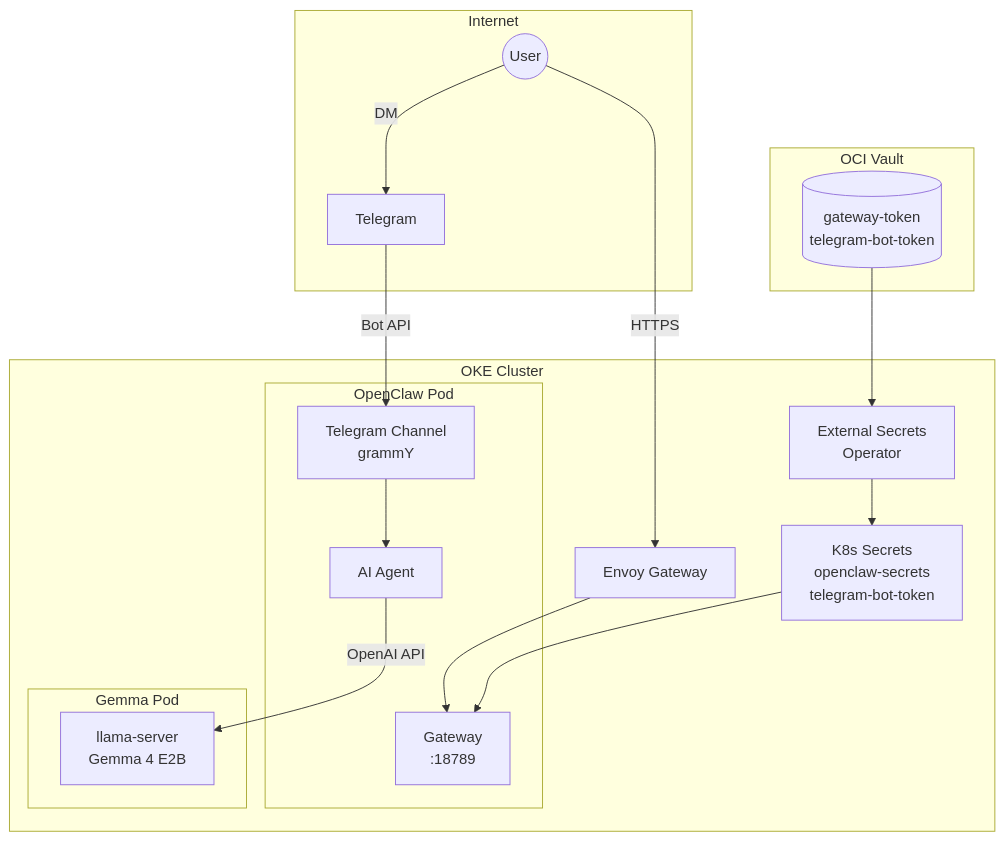
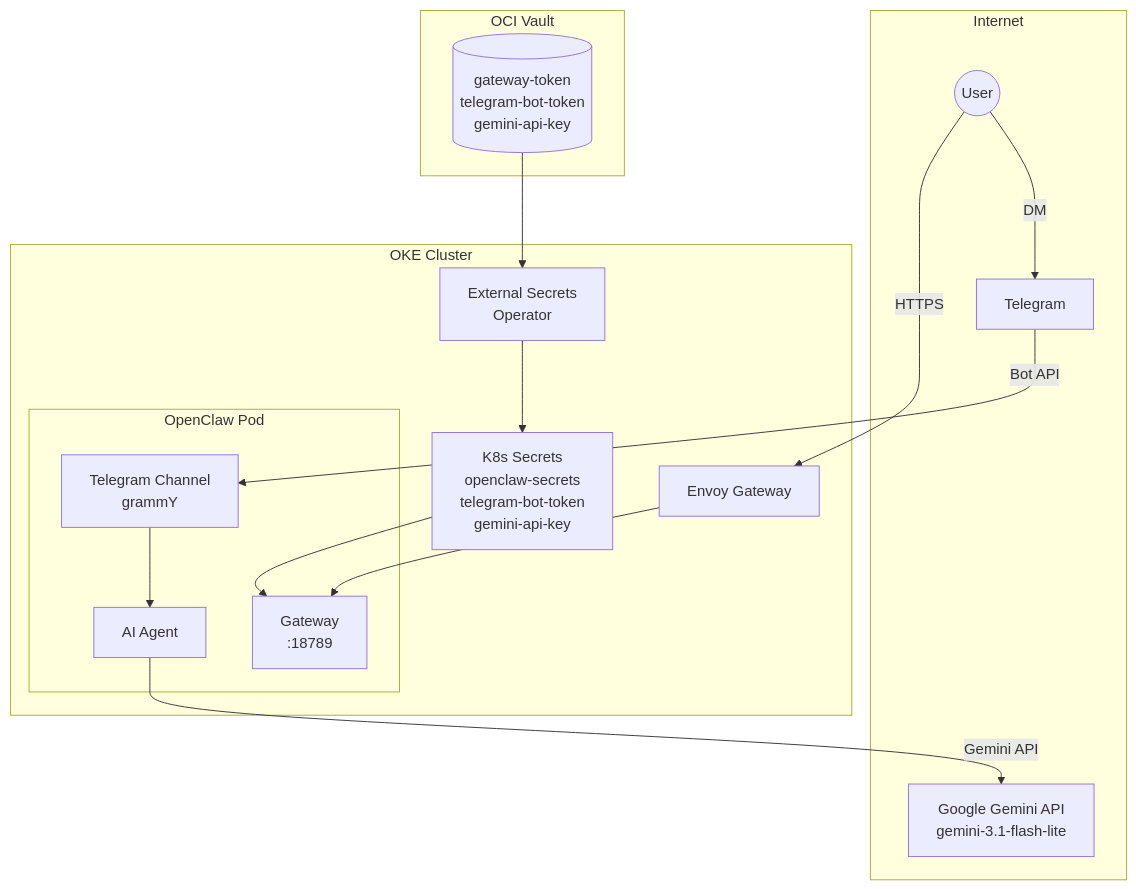
The diagram in docs/src/content/docs/architecture/openclaw.mdx (nsudhanva/k8s-oracle), drawn with Mermaid before and after one commit. The commit also changed other lines of this file and 4 other files, not shown here.

First line of the commit message:
Update all docs: Gemini API migration, Gemma scaled to 0

````diff
--- a/docs/src/content/docs/architecture/openclaw.mdx
+++ b/docs/src/content/docs/architecture/openclaw.mdx
@@ -24,38 +24,35 @@
 ```mermaid
 flowchart TB
     subgraph Internet
         User((User))
         TG[Telegram]
+        GeminiAPI[Google Gemini API<br/>gemini-3.1-flash-lite]
     end
 
     subgraph OKE["OKE Cluster"]
         Gateway[Envoy Gateway]
 
         subgraph OpenClawPod["OpenClaw Pod"]
             GW[Gateway<br/>:18789]
             Agent[AI Agent]
             TGChannel[Telegram Channel<br/>grammY]
         end
 
-        subgraph GemmaPod["Gemma Pod"]
-            LLM[llama-server<br/>Gemma 4 E2B]
-        end
-
         ESO[External Secrets<br/>Operator]
-        Secrets[K8s Secrets<br/>openclaw-secrets<br/>telegram-bot-token]
+        Secrets[K8s Secrets<br/>openclaw-secrets<br/>telegram-bot-token<br/>gemini-api-key]
     end
 
     subgraph OCI["OCI Vault"]
-        VaultSecrets[(gateway-token<br/>telegram-bot-token)]
+        VaultSecrets[(gateway-token<br/>telegram-bot-token<br/>gemini-api-key)]
     end
 
     User -->|HTTPS| Gateway
     Gateway --> GW
     User -->|DM| TG
     TG -->|Bot API| TGChannel
     TGChannel --> Agent
-    Agent -->|OpenAI API| LLM
+    Agent -->|Gemini API| GeminiAPI
     VaultSecrets --> ESO
     ESO --> Secrets
     Secrets --> GW
 ```
````
